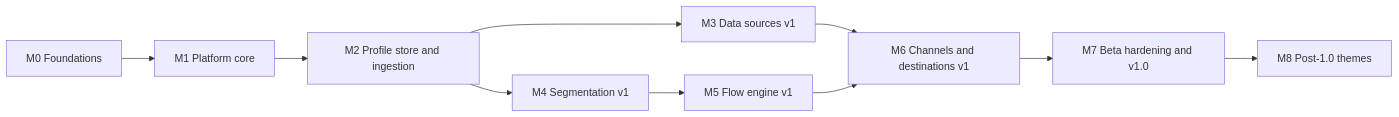
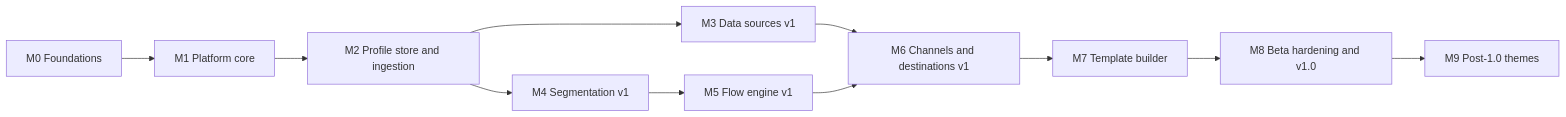
Before and after one commit to Glubiz/zirv-flow: the diagram in docs/roadmap.md, drawn with Mermaid. The commit also changed other lines of this file and 3 other files, not shown here.

First line of the commit message:
docs: add the multi-channel template builder to the architecture

````diff
--- a/docs/roadmap.md
+++ b/docs/roadmap.md
@@ -32,12 +33,13 @@
 ```mermaid
 flowchart LR
   M0[M0 Foundations] --> M1[M1 Platform core]
   M1 --> M2[M2 Profile store and ingestion]
   M2 --> M3[M3 Data sources v1]
   M2 --> M4[M4 Segmentation v1]
   M4 --> M5[M5 Flow engine v1]
   M3 --> M6[M6 Channels and destinations v1]
   M5 --> M6
-  M6 --> M7[M7 Beta hardening and v1.0]
-  M7 --> M8[M8 Post-1.0 themes]
+  M6 --> M7[M7 Template builder]
+  M7 --> M8[M8 Beta hardening and v1.0]
+  M8 --> M9[M9 Post-1.0 themes]
 ```
````
